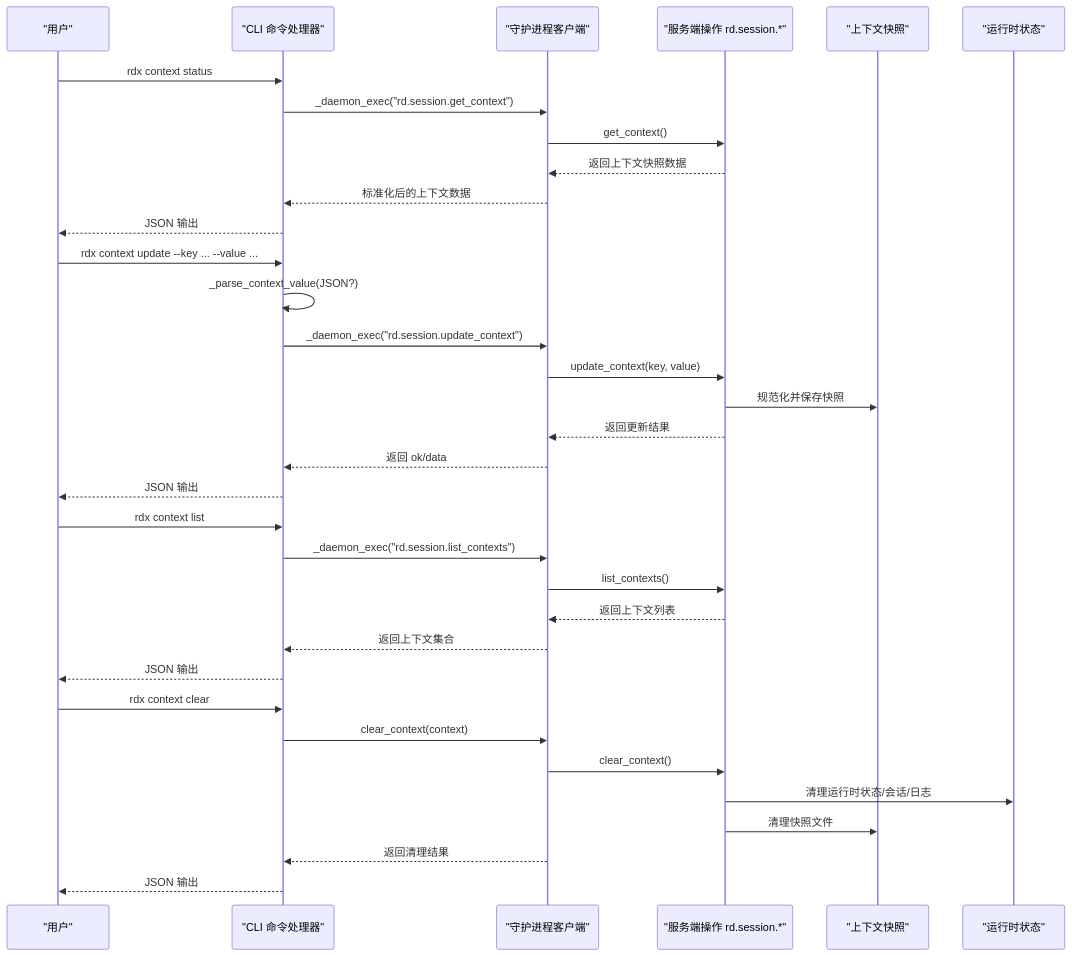
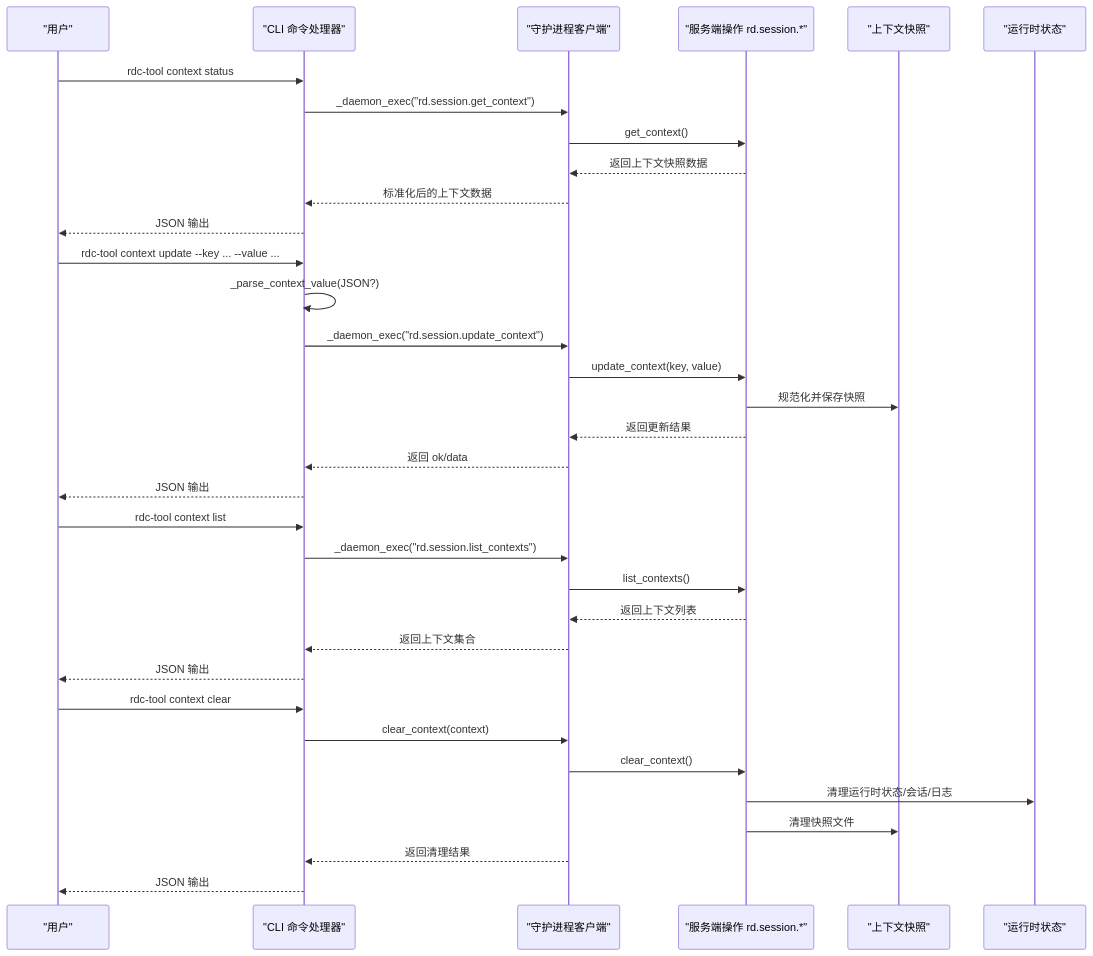
One commit to haolange/RDC-Tool changed the second of 7 diagrams in .qoder/repowiki/zh/content/CLI参考手册/上下文管理命令.md. Above: the diagram before and after it, drawn with Mermaid. The commit also changed other lines of this file and 388 other files, not shown here.

First line of the commit message:
Release RDC-Tool identity and public maintenance surface

````diff
--- a/.qoder/repowiki/zh/content/CLI参考手册/上下文管理命令.md
+++ b/.qoder/repowiki/zh/content/CLI参考手册/上下文管理命令.md
@@ -77,36 +77,36 @@
 ```mermaid
 sequenceDiagram
 participant U as "用户"
 participant CLI as "CLI 命令处理器"
 participant DC as "守护进程客户端"
 participant OP as "服务端操作 rd.session.*"
 participant CS as "上下文快照"
 participant RS as "运行时状态"
-U->>CLI : rdx context status
+U->>CLI : rdc-tool context status
 CLI->>DC : _daemon_exec("rd.session.get_context")
 DC->>OP : get_context()
 OP-->>DC : 返回上下文快照数据
 DC-->>CLI : 标准化后的上下文数据
 CLI-->>U : JSON 输出
-U->>CLI : rdx context update --key ... --value ...
+U->>CLI : rdc-tool context update --key ... --value ...
 CLI->>CLI : _parse_context_value(JSON?)
 CLI->>DC : _daemon_exec("rd.session.update_context")
 DC->>OP : update_context(key, value)
 OP->>CS : 规范化并保存快照
 OP-->>DC : 返回更新结果
 DC-->>CLI : 返回 ok/data
 CLI-->>U : JSON 输出
-U->>CLI : rdx context list
+U->>CLI : rdc-tool context list
 CLI->>DC : _daemon_exec("rd.session.list_contexts")
 DC->>OP : list_contexts()
 OP-->>DC : 返回上下文列表
 DC-->>CLI : 返回上下文集合
 CLI-->>U : JSON 输出
-U->>CLI : rdx context clear
+U->>CLI : rdc-tool context clear
 CLI->>DC : clear_context(context)
 DC->>OP : clear_context()
 OP->>RS : 清理运行时状态/会话/日志
 OP->>CS : 清理快照文件
 DC-->>CLI : 返回清理结果
 CLI-->>U : JSON 输出
 ```
````
